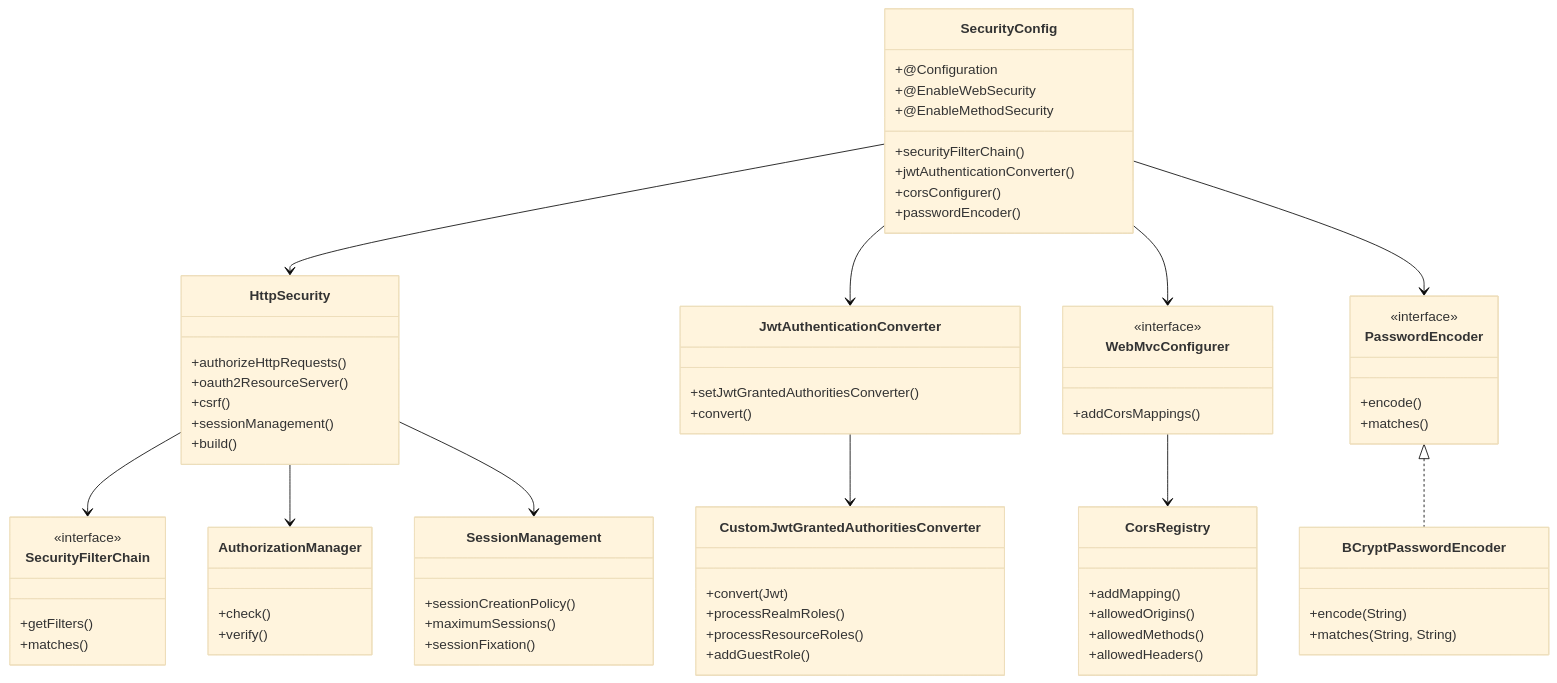
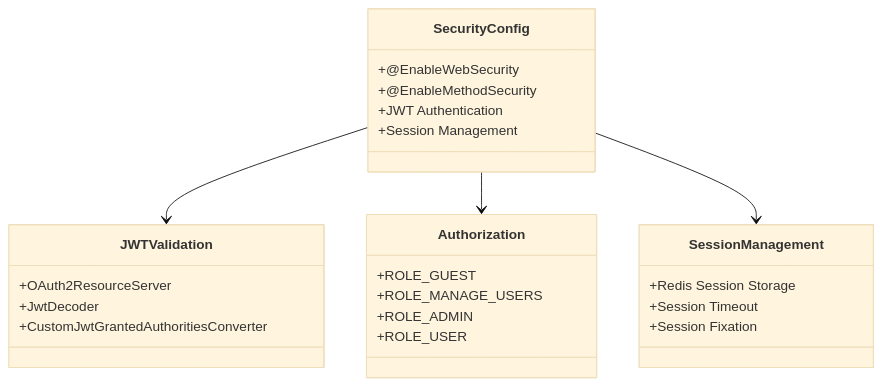
The sixth of 10 diagrams in README.md (Vinskao/ty-multiverse-backend), drawn with Mermaid (base theme) before and after one commit. The commit also changed other lines of this file and 6 other files, not shown here.

````diff
--- a/README.md
+++ b/README.md
@@ -506,83 +192,32 @@
 ```mermaid
 classDiagram
     class SecurityConfig {
-        +@Configuration
         +@EnableWebSecurity
         +@EnableMethodSecurity
-        +securityFilterChain()
-        +jwtAuthenticationConverter()
-        +corsConfigurer()
-        +passwordEncoder()
+        +JWT Authentication
+        +Session Management
     }
     
-    class HttpSecurity {
-        +authorizeHttpRequests()
-        +oauth2ResourceServer()
-        +csrf()
-        +sessionManagement()
-        +build()
+    class JWTValidation {
+        +OAuth2ResourceServer
+        +JwtDecoder
+        +CustomJwtGrantedAuthoritiesConverter
     }
     
-    class SecurityFilterChain {
-        <<interface>>
-        +getFilters()
-        +matches()
-    }
-    
-    class JwtAuthenticationConverter {
-        +setJwtGrantedAuthoritiesConverter()
-        +convert()
-    }
-    
-    class CustomJwtGrantedAuthoritiesConverter {
-        +convert(Jwt)
-        +processRealmRoles()
-        +processResourceRoles()
-        +addGuestRole()
-    }
-    
-    class WebMvcConfigurer {
-        <<interface>>
-        +addCorsMappings()
-    }
-    
-    class PasswordEncoder {
-        <<interface>>
-        +encode()
-        +matches()
-    }
-    
-    class BCryptPasswordEncoder {
-        +encode(String)
-        +matches(String, String)
-    }
-    
-    class CorsRegistry {
-        +addMapping()
-        +allowedOrigins()
-        +allowedMethods()
-        +allowedHeaders()
-    }
-    
-    class AuthorizationManager {
-        +check()
-        +verify()
+    class Authorization {
+        +ROLE_GUEST
+        +ROLE_MANAGE_USERS
+        +ROLE_ADMIN
+        +ROLE_USER
     }
     
     class SessionManagement {
-        +sessionCreationPolicy()
-        +maximumSessions()
-        +sessionFixation()
+        +Redis Session Storage
+        +Session Timeout
+        +Session Fixation
     }
     
-    SecurityConfig --> HttpSecurity
-    SecurityConfig --> JwtAuthenticationConverter
-    SecurityConfig --> WebMvcConfigurer
-    SecurityConfig --> PasswordEncoder
-    HttpSecurity --> SecurityFilterChain
-    JwtAuthenticationConverter --> CustomJwtGrantedAuthoritiesConverter
-    WebMvcConfigurer --> CorsRegistry
-    PasswordEncoder <|.. BCryptPasswordEncoder
-    HttpSecurity --> AuthorizationManager
-    HttpSecurity --> SessionManagement
+    SecurityConfig --> JWTValidation
+    SecurityConfig --> Authorization
+    SecurityConfig --> SessionManagement
 ```
````
